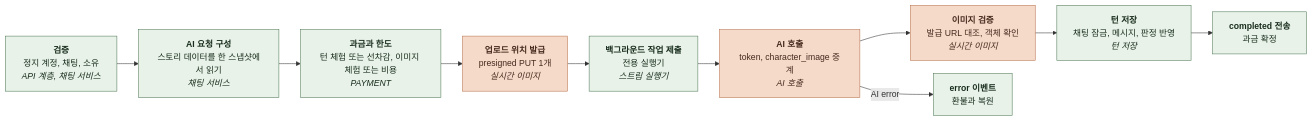
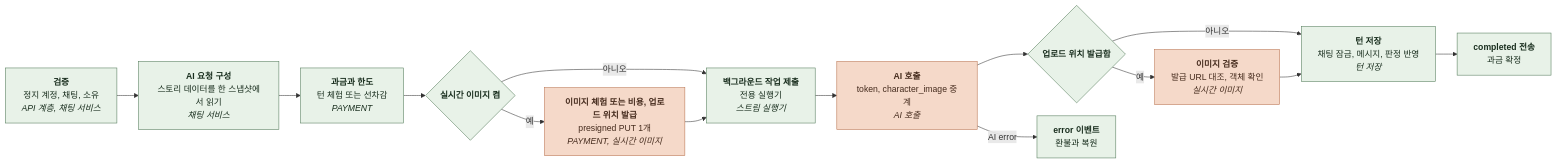
The fifth of 12 diagrams in docs/domain/CHAT/BACKEND/4-1-PIPELINES.md (KIM-N-KANG/knk-harness), drawn with Mermaid before and after one commit.

Commit message:
[KNK-1651] Docs: 이어쓰기 흐름도에 실시간 이미지 켬·끔 갈림 추가

````diff
--- a/docs/domain/CHAT/BACKEND/4-1-PIPELINES.md
+++ b/docs/domain/CHAT/BACKEND/4-1-PIPELINES.md
@@ -151,35 +151,39 @@
 ```mermaid
 %%{init: {"flowchart": {"curve": "basis", "nodeSpacing": 24, "rankSpacing": 40}}}%%
 flowchart LR
     A["`**검증**
 정지 계정, 채팅, 소유
 *API 계층, 채팅 서비스*`"] --> B["`**AI 요청 구성**
 스토리 데이터를 한 스냅샷에서 읽기
 *채팅 서비스*`"]
     B --> C["`**과금과 한도**
-턴 체험 또는 선차감, 이미지 체험 또는 비용
+턴 체험 또는 선차감
 *PAYMENT*`"]
-    C --> D["`**업로드 위치 발급**
+    C --> R{"`**실시간 이미지 켬**`"}
+    R -->|예| D["`**이미지 체험 또는 비용, 업로드 위치 발급**
 presigned PUT 1개
-*실시간 이미지*`"]
+*PAYMENT, 실시간 이미지*`"]
+    R -->|아니오| E
     D --> E["`**백그라운드 작업 제출**
 전용 실행기
 *스트림 실행기*`"]
     E --> F["`**AI 호출**
 token, character_image 중계
 *AI 호출*`"]
-    F --> G["`**이미지 검증**
+    F --> G{"`**업로드 위치 발급함**`"}
+    G -->|예| G2["`**이미지 검증**
 발급 URL 대조, 객체 확인
 *실시간 이미지*`"]
-    G --> H["`**턴 저장**
+    G -->|아니오| H
+    G2 --> H["`**턴 저장**
 채팅 잠금, 메시지, 판정 반영
 *턴 저장*`"]
     H --> I["`**completed 전송**
 과금 확정`"]
     F -->|AI error| J["`**error 이벤트**
 환불과 복원`"]
     classDef comp fill:#E8F2E8,stroke:#527A59,color:#182D1D
     classDef task fill:#F5D9C9,stroke:#B97450,color:#452B1D
-    class A,B,C,E,H,I,J comp
-    class D,F,G task
+    class A,B,C,R,E,G,H,I,J comp
+    class D,F,G2 task
 ```
````
